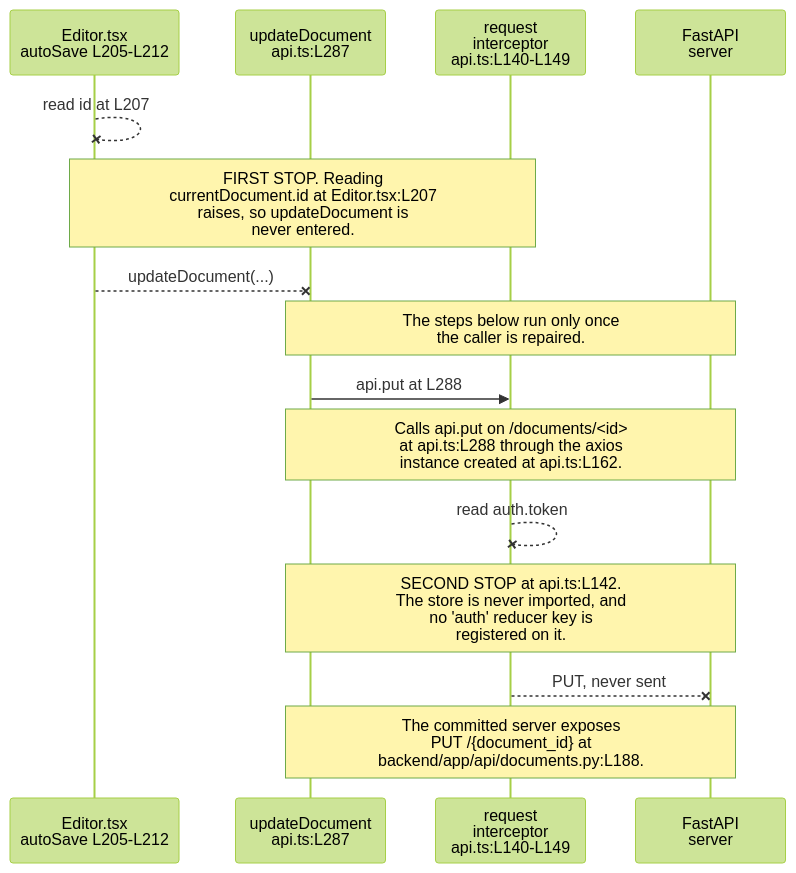
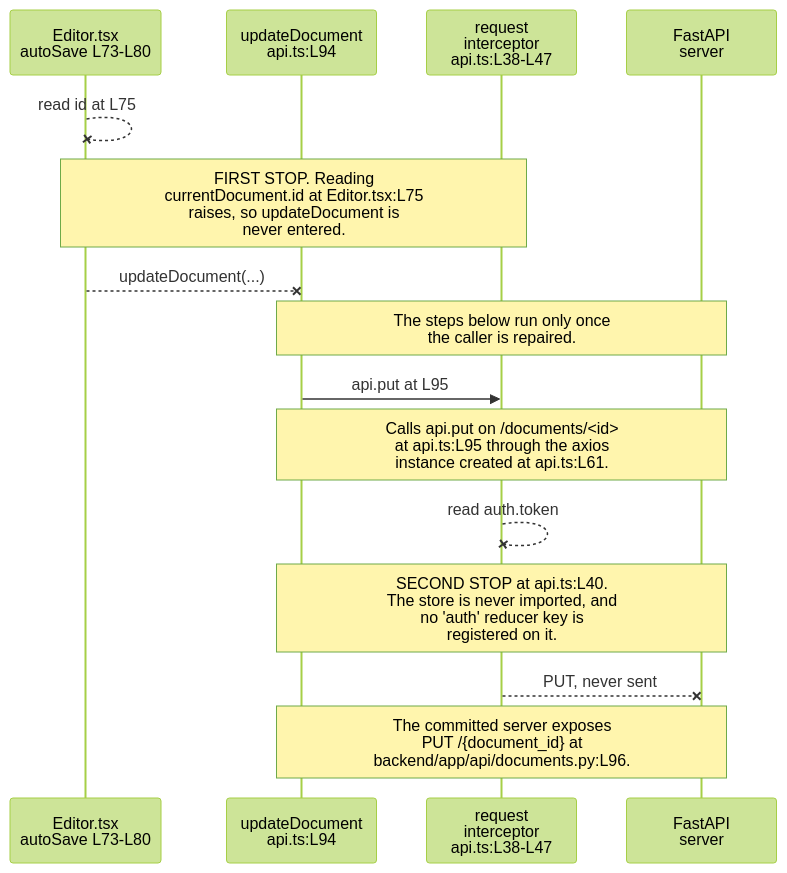
Before and after one commit to blitzy-public-samples/microsoft-word-u33ko0: the diagram in frontend/src/services/README.md, drawn with Mermaid (forest theme). The commit also changed other lines of this file and 69 other files, not shown here.

````diff
--- a/frontend/src/services/README.md
+++ b/frontend/src/services/README.md
@@ -77,20 +79,20 @@
 ```mermaid
 sequenceDiagram
     accTitle: A REST call from the editor page through the bearer interceptor
     accDescr: The call stops twice. The argument read raises before updateDocument is entered, and the request interceptor raises because the store is never imported and no auth reducer key exists. The path below the first stop describes intended shape only.
-    participant Page as Editor.tsx<br/>autoSave L205-L212
-    participant Fn as updateDocument<br/>api.ts:L287
-    participant Int as request<br/>interceptor<br/>api.ts:L140-L149
+    participant Page as Editor.tsx<br/>autoSave L73-L80
+    participant Fn as updateDocument<br/>api.ts:L94
+    participant Int as request<br/>interceptor<br/>api.ts:L38-L47
     participant Srv as FastAPI<br/>server
 
-    Page--xPage: read id at L207
-    Note over Page,Int: FIRST STOP. Reading<br/>currentDocument.id at Editor.tsx:L207<br/>raises, so updateDocument is<br/>never entered.
+    Page--xPage: read id at L75
+    Note over Page,Int: FIRST STOP. Reading<br/>currentDocument.id at Editor.tsx:L75<br/>raises, so updateDocument is<br/>never entered.
     Page--xFn: updateDocument(...)
     Note over Fn,Srv: The steps below run only once<br/>the caller is repaired.
-    Fn->>Int: api.put at L288
-    Note over Fn,Srv: Calls api.put on /documents/<id><br/>at api.ts:L288 through the axios<br/>instance created at api.ts:L162.
+    Fn->>Int: api.put at L95
+    Note over Fn,Srv: Calls api.put on /documents/<id><br/>at api.ts:L95 through the axios<br/>instance created at api.ts:L61.
     Int--xInt: read auth.token
-    Note over Fn,Srv: SECOND STOP at api.ts:L142.<br/>The store is never imported, and<br/>no 'auth' reducer key is<br/>registered on it.
+    Note over Fn,Srv: SECOND STOP at api.ts:L40.<br/>The store is never imported, and<br/>no 'auth' reducer key is<br/>registered on it.
     Int--xSrv: PUT, never sent
-    Note over Fn,Srv: The committed server exposes<br/>PUT /{document_id} at<br/>backend/app/api/documents.py:L188.
+    Note over Fn,Srv: The committed server exposes<br/>PUT /{document_id} at<br/>backend/app/api/documents.py:L96.
 ```
````
